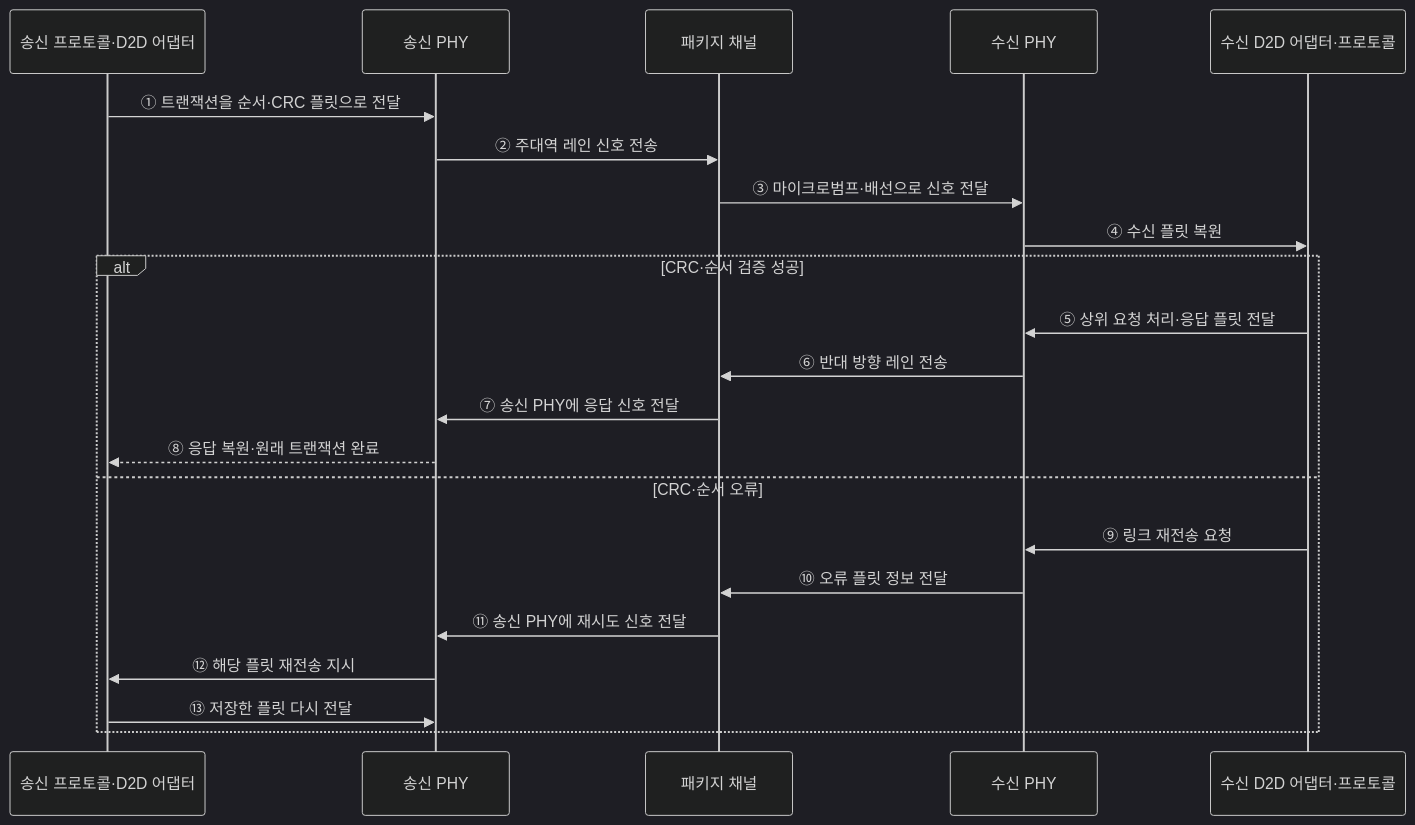
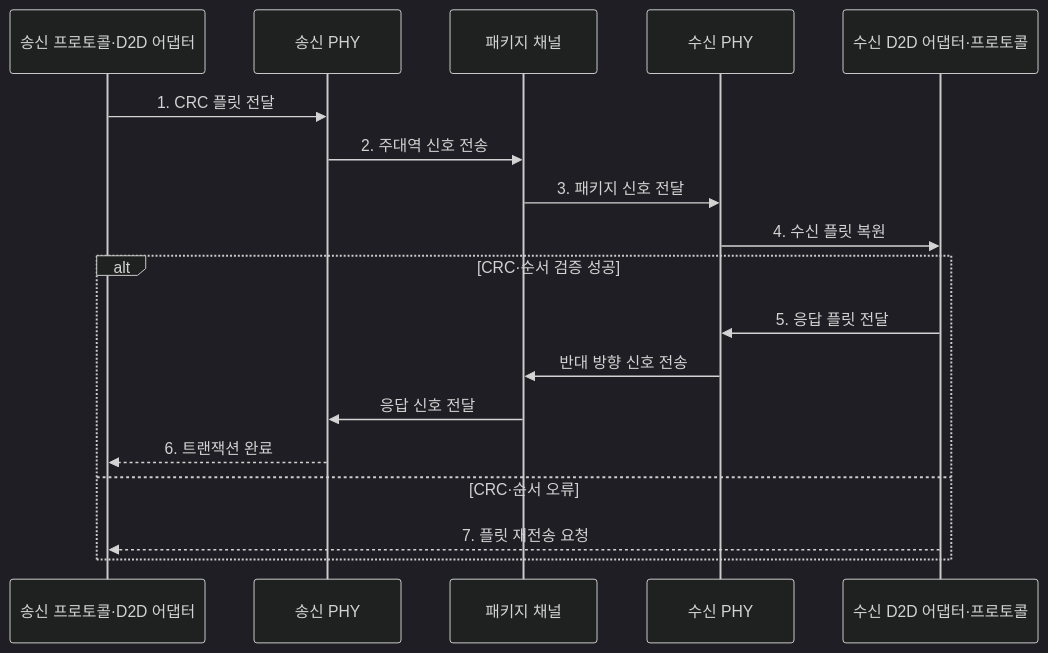
The second of 2 diagrams in src/content/docs/notes/02-hardware/050_ucie.md (agnusdei1207/knowledge-base), drawn with Mermaid (dark theme) before and after one commit. The commit also changed other lines of this file and 20 other files, not shown here.

````diff
--- a/src/content/docs/notes/02-hardware/050_ucie.md
+++ b/src/content/docs/notes/02-hardware/050_ucie.md
@@ -82,25 +90,21 @@
 ```mermaid
 sequenceDiagram
     participant S as 송신 프로토콜·D2D 어댑터
     participant P as 송신 PHY
     participant C as 패키지 채널
     participant Q as 수신 PHY
     participant R as 수신 D2D 어댑터·프로토콜
 
-    S->>P: ① 트랜잭션을 순서·CRC 플릿으로 전달
-    P->>C: ② 주대역 레인 신호 전송
-    C->>Q: ③ 마이크로범프·배선으로 신호 전달
-    Q->>R: ④ 수신 플릿 복원
+    S->>P: 1. CRC 플릿 전달
+    P->>C: 2. 주대역 신호 전송
+    C->>Q: 3. 패키지 신호 전달
+    Q->>R: 4. 수신 플릿 복원
     alt CRC·순서 검증 성공
-        R->>Q: ⑤ 상위 요청 처리·응답 플릿 전달
-        Q->>C: ⑥ 반대 방향 레인 전송
-        C->>P: ⑦ 송신 PHY에 응답 신호 전달
-        P-->>S: ⑧ 응답 복원·원래 트랜잭션 완료
+        R->>Q: 5. 응답 플릿 전달
+        Q->>C: 반대 방향 신호 전송
+        C->>P: 응답 신호 전달
+        P-->>S: 6. 트랜잭션 완료
     else CRC·순서 오류
-        R->>Q: ⑨ 링크 재전송 요청
-        Q->>C: ⑩ 오류 플릿 정보 전달
-        C->>P: ⑪ 송신 PHY에 재시도 신호 전달
-        P->>S: ⑫ 해당 플릿 재전송 지시
-        S->>P: ⑬ 저장한 플릿 다시 전달
+        R-->>S: 7. 플릿 재전송 요청
     end
 ```
````
